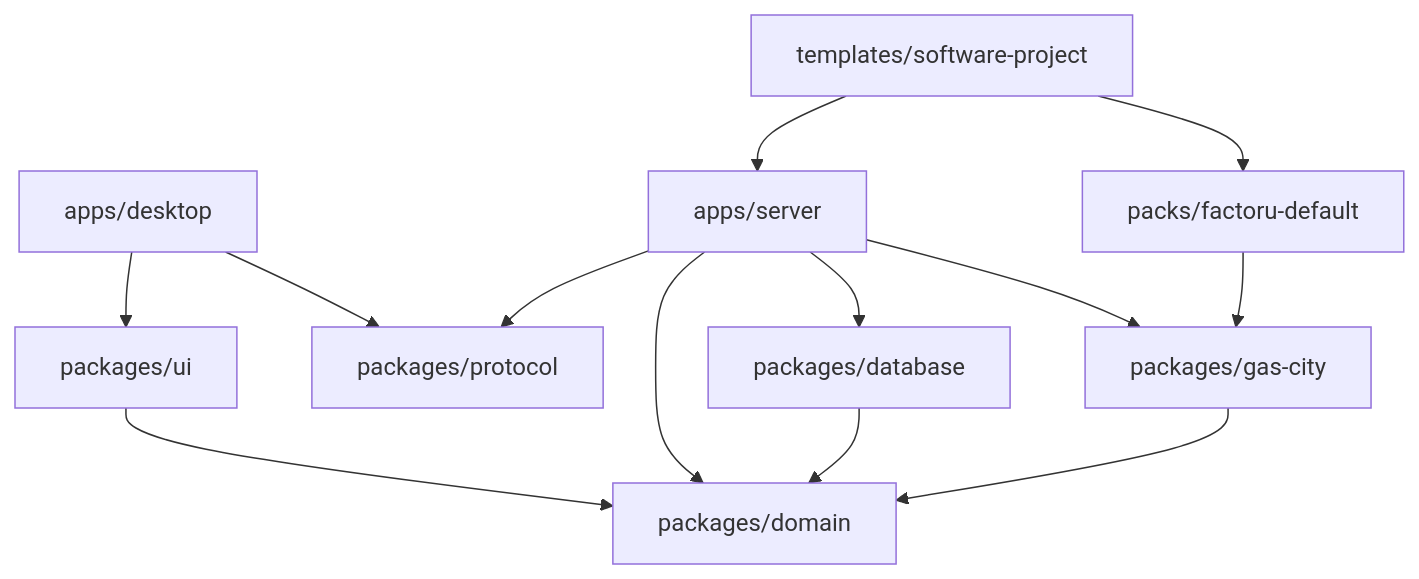
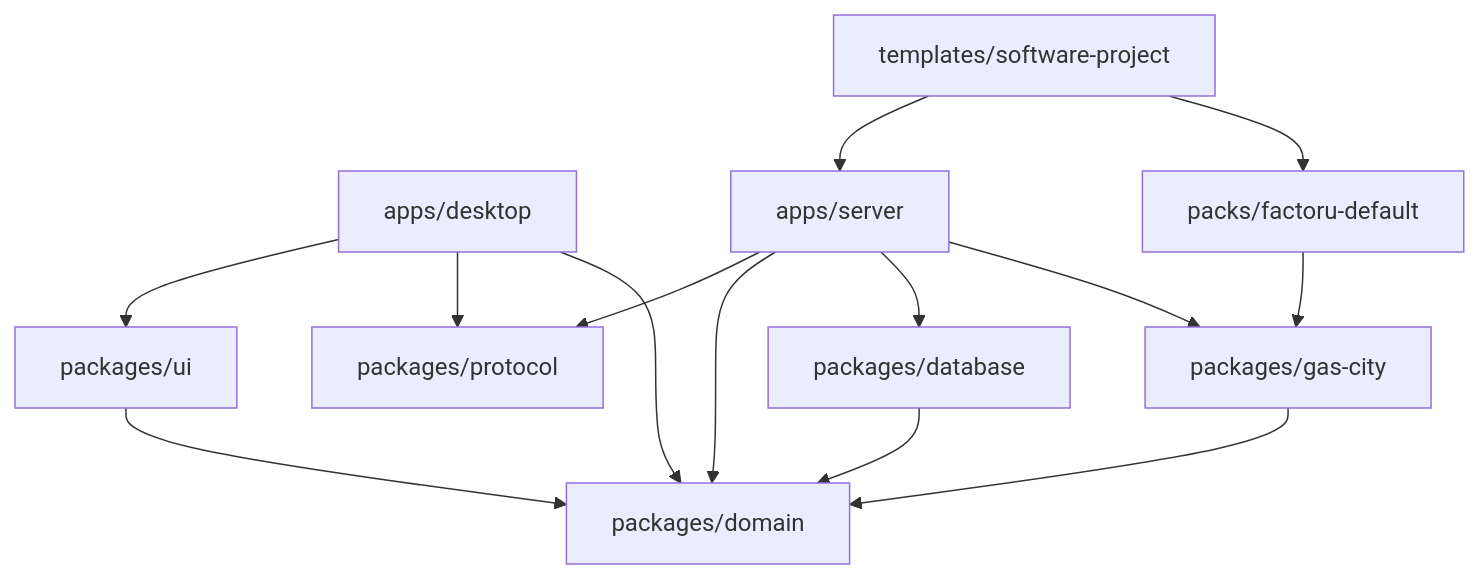
One commit to RUverse/factoru changed the third of 7 diagrams in docs/ARCHITECTURE.md. Above: the diagram before and after it, drawn with Mermaid. The commit also changed other lines of this file and 84 other files, not shown here.

````diff
--- a/docs/ARCHITECTURE.md
+++ b/docs/ARCHITECTURE.md
@@ -209,15 +218,16 @@
 ```mermaid
 flowchart TD
     DESKTOP["apps/desktop"] --> UI["packages/ui"]
     DESKTOP --> PROTOCOL["packages/protocol"]
+    DESKTOP --> DOMAIN["packages/domain"]
     SERVER["apps/server"] --> PROTOCOL
-    SERVER --> DOMAIN["packages/domain"]
+    SERVER --> DOMAIN
     SERVER --> DATABASE["packages/database"]
     SERVER --> GAS["packages/gas-city"]
     DATABASE --> DOMAIN
     GAS --> DOMAIN
     UI --> DOMAIN
     PACK["packs/factoru-default"] --> GAS
     TEMPLATE["templates/software-project"] --> SERVER
     TEMPLATE --> PACK
 ```
````
